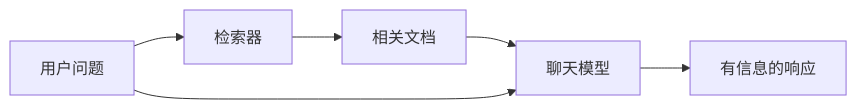
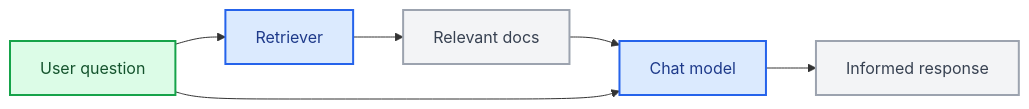
The second of 4 diagrams in oss/python/langchain/component-architecture.mdx (kunfan96/cndocs-langchain), drawn with Mermaid before and after one commit. The commit also changed other lines of this file and 2611 other files, not shown here.

````diff
--- a/oss/python/langchain/component-architecture.mdx
+++ b/oss/python/langchain/component-architecture.mdx
@@ -81,8 +91,16 @@
 ```mermaid
 graph LR
-    A[用户问题] --> B[检索器]
-    B --> C[相关文档]
-    C --> D[聊天模型]
+    A[User question] --> B[Retriever]
+    B --> C[Relevant docs]
+    C --> D[Chat model]
     A --> D
-    D --> E[有信息的响应]
+    D --> E[Informed response]
+
+    classDef trigger fill:#DCFCE7,stroke:#16A34A,stroke-width:2px,color:#14532D
+    classDef process fill:#DBEAFE,stroke:#2563EB,stroke-width:2px,color:#1E3A8A
+    classDef neutral fill:#F3F4F6,stroke:#9CA3AF,stroke-width:2px,color:#374151
+
+    class A trigger
+    class B,D process
+    class C,E neutral
 ```
````
